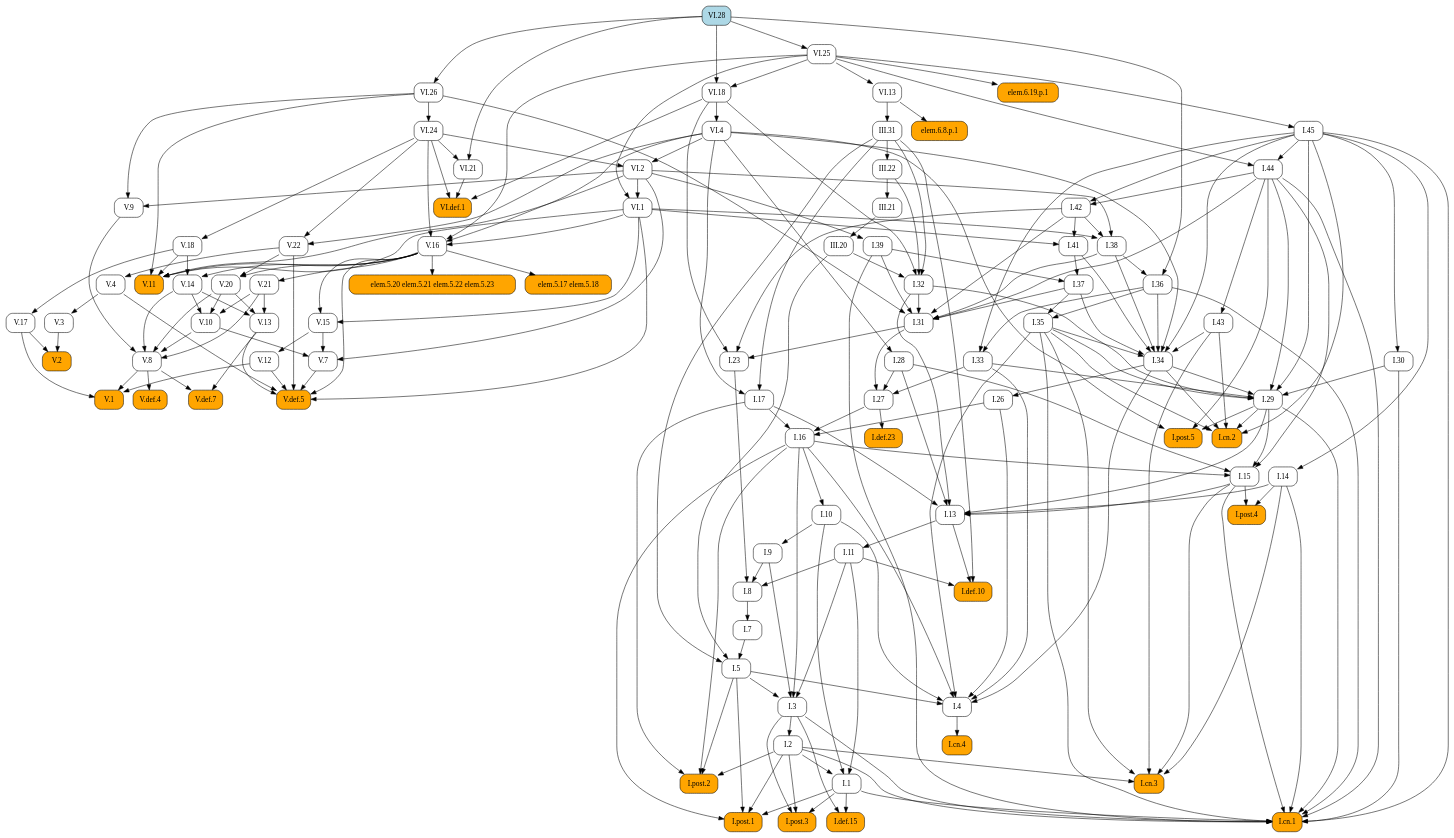
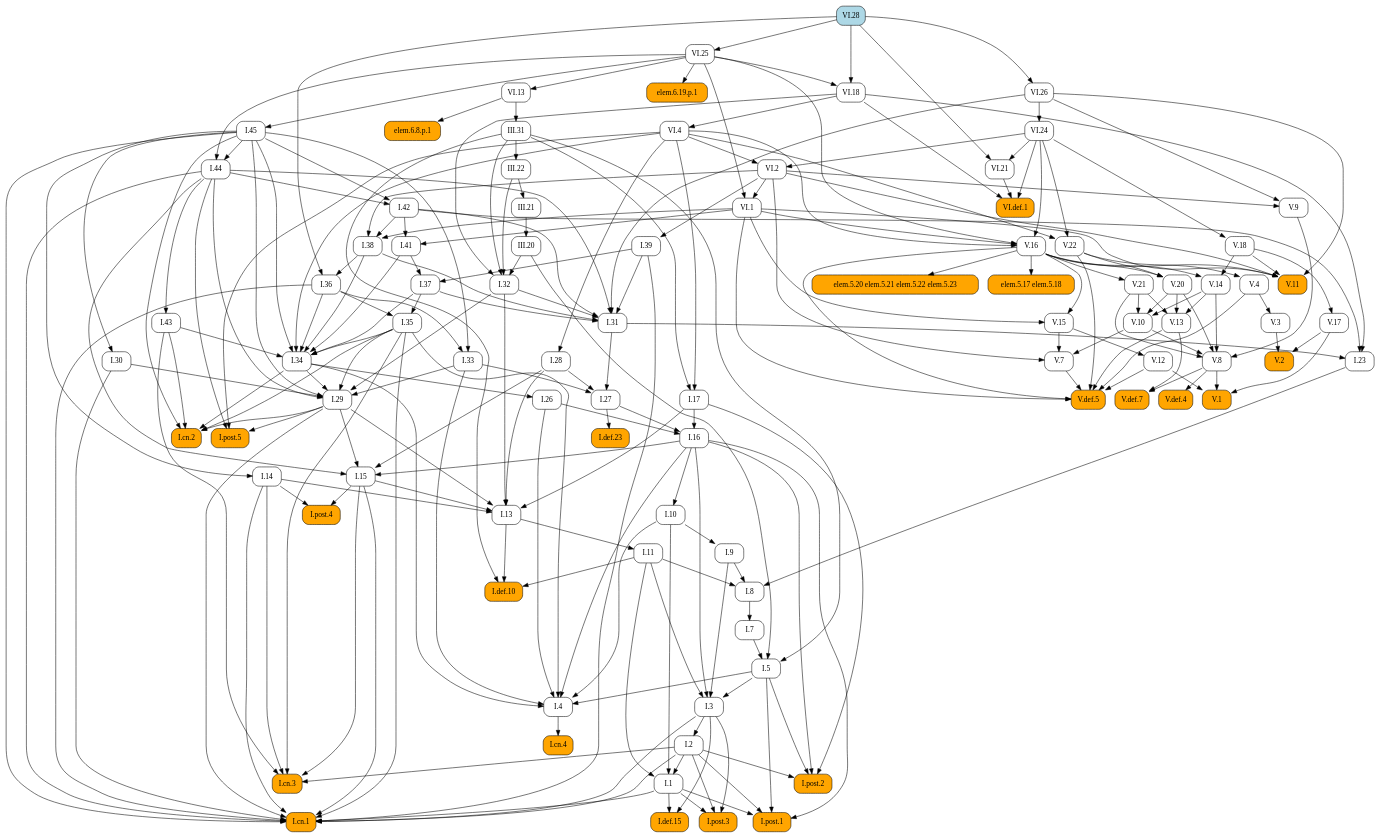
The diagram in docsrc/heath/VI/28/index.rst (geometor/elements), drawn with Graphviz before and after one commit. The commit also changed other lines of this file and 1029 other files, not shown here.

```diff
--- a/docsrc/heath/VI/28/index.rst
+++ b/docsrc/heath/VI/28/index.rst
@@ -118,112 +118,156 @@
    digraph {
      rankdir="TB";
      node [shape=box, style=rounded];
-     "V.1" [style="rounded,filled", fillcolor=orange, URL="/heath/V/1/", target="_top"];
-     "III.22" [URL="/heath/III/22/", target="_top"];
-     "I.29" [URL="/heath/I/29/", target="_top"];
-     "I.7" [URL="/heath/I/7/", target="_top"];
-     "I.27" [URL="/heath/I/27/", target="_top"];
-     "I.def.23" [style="rounded,filled", fillcolor=orange, URL="/heath/I/def.23/", target="_top"];
-     "V.20" [URL="/heath/V/20/", target="_top"];
-     "I.34" [URL="/heath/I/34/", target="_top"];
-     "I.8" [URL="/heath/I/8/", target="_top"];
-     "V.2" [style="rounded,filled", fillcolor=orange, URL="/heath/V/2/", target="_top"];
-     "I.9" [URL="/heath/I/9/", target="_top"];
-     "V.22" [URL="/heath/V/22/", target="_top"];
+     "I.def.10" [style="rounded,filled", fillcolor=orange, URL="/heath/I/def.10/", target="_top"];
+     "I.11" [URL="/heath/I/11/", target="_top"];
+     "I.post.4" [style="rounded,filled", fillcolor=orange, URL="/heath/I/post.4/", target="_top"];
+     "I.28" [URL="/heath/I/28/", target="_top"];
+     "I.1" [URL="/heath/I/1/", target="_top"];
+     "VI.18" [URL="/heath/VI/18/", target="_top"];
+     "VI.21" [URL="/heath/VI/21/", target="_top"];
+     "V.def.5" [style="rounded,filled", fillcolor=orange, URL="/heath/V/def.5/", target="_top"];
      "III.20" [URL="/heath/III/20/", target="_top"];
-     "I.post.4" [style="rounded,filled", fillcolor=orange, URL="/heath/I/post.4/", target="_top"];
-     "I.2" [URL="/heath/I/2/", target="_top"];
-     "VI.21" [URL="/heath/VI/21/", target="_top"];
-     "I.28" [URL="/heath/I/28/", target="_top"];
-     "V.4" [URL="/heath/V/4/", target="_top"];
+     "III.31" [URL="/heath/III/31/", target="_top"];
+     "V.13" [URL="/heath/V/13/", target="_top"];
+     "V.11" [style="rounded,filled", fillcolor=orange, URL="/heath/V/11/", target="_top"];
+     "I.post.3" [style="rounded,filled", fillcolor=orange, URL="/heath/I/post.3/", target="_top"];
+     "VI.1" [URL="/heath/VI/1/", target="_top"];
+     "I.cn.3" [style="rounded,filled", fillcolor=orange, URL="/heath/I/cn.3/", target="_top"];
+     "I.14" [URL="/heath/I/14/", target="_top"];
+     "V.16" [URL="/heath/V/16/", target="_top"];
      "VI.4" [URL="/heath/VI/4/", target="_top"];
-     "I.cn.4" [style="rounded,filled", fillcolor=orange, URL="/heath/I/cn.4/", target="_top"];
-     "VI.24" [URL="/heath/VI/24/", target="_top"];
-     "VI.2" [URL="/heath/VI/2/", target="_top"];
-     "elem.5.20 elem.5.21 elem.5.22 elem.5.23" [style="rounded,filled", fillcolor=orange];
-     "III.31" [URL="/heath/III/31/", target="_top"];
-     "I.23" [URL="/heath/I/23/", target="_top"];
-     "I.13" [URL="/heath/I/13/", target="_top"];
-     "I.5" [URL="/heath/I/5/", target="_top"];
-     "VI.26" [URL="/heath/VI/26/", target="_top"];
-     "III.21" [URL="/heath/III/21/", target="_top"];
-     "I.11" [URL="/heath/I/11/", target="_top"];
-     "I.4" [URL="/heath/I/4/", target="_top"];
-     "I.43" [URL="/heath/I/43/", target="_top"];
-     "I.def.10" [style="rounded,filled", fillcolor=orange, URL="/heath/I/def.10/", target="_top"];
-     "I.post.3" [style="rounded,filled", fillcolor=orange, URL="/heath/I/post.3/", target="_top"];
-     "V.9" [URL="/heath/V/9/", target="_top"];
-     "VI.def.1" [style="rounded,filled", fillcolor=orange, URL="/heath/VI/def.1/", target="_top"];
-     "elem.5.17 elem.5.18" [style="rounded,filled", fillcolor=orange];
-     "V.17" [URL="/heath/V/17/", target="_top"];
      "V.3" [URL="/heath/V/3/", target="_top"];
      "I.36" [URL="/heath/I/36/", target="_top"];
+     "I.41" [URL="/heath/I/41/", target="_top"];
+     "I.27" [URL="/heath/I/27/", target="_top"];
+     "V.8" [URL="/heath/V/8/", target="_top"];
+     "I.37" [URL="/heath/I/37/", target="_top"];
+     "I.34" [URL="/heath/I/34/", target="_top"];
+     "I.2" [URL="/heath/I/2/", target="_top"];
+     "I.def.23" [style="rounded,filled", fillcolor=orange, URL="/heath/I/def.23/", target="_top"];
+     "I.33" [URL="/heath/I/33/", target="_top"];
+     "I.17" [URL="/heath/I/17/", target="_top"];
+     "I.post.2" [style="rounded,filled", fillcolor=orange, URL="/heath/I/post.2/", target="_top"];
+     "I.45" [URL="/heath/I/45/", target="_top"];
+     "VI.def.1" [style="rounded,filled", fillcolor=orange, URL="/heath/VI/def.1/", target="_top"];
+     "I.42" [URL="/heath/I/42/", target="_top"];
+     "elem.5.20 elem.5.21 elem.5.22 elem.5.23" [style="rounded,filled", fillcolor=orange];
+     "I.9" [URL="/heath/I/9/", target="_top"];
+     "VI.26" [URL="/heath/VI/26/", target="_top"];
+     "I.32" [URL="/heath/I/32/", target="_top"];
+     "V.def.4" [style="rounded,filled", fillcolor=orange, URL="/heath/V/def.4/", target="_top"];
+     "I.cn.4" [style="rounded,filled", fillcolor=orange, URL="/heath/I/cn.4/", target="_top"];
+     "I.15" [URL="/heath/I/15/", target="_top"];
+     "III.22" [URL="/heath/III/22/", target="_top"];
+     "I.38" [URL="/heath/I/38/", target="_top"];
+     "V.def.7" [style="rounded,filled", fillcolor=orange, URL="/heath/V/def.7/", target="_top"];
+     "I.5" [URL="/heath/I/5/", target="_top"];
+     "V.21" [URL="/heath/V/21/", target="_top"];
+     "I.39" [URL="/heath/I/39/", target="_top"];
+     "I.26" [URL="/heath/I/26/", target="_top"];
+     "V.14" [URL="/heath/V/14/", target="_top"];
+     "I.29" [URL="/heath/I/29/", target="_top"];
      "V.12" [URL="/heath/V/12/", target="_top"];
-     "I.15" [URL="/heath/I/15/", target="_top"];
-     "I.17" [URL="/heath/I/17/", target="_top"];
-     "I.32" [URL="/heath/I/32/", target="_top"];
-     "I.41" [URL="/heath/I/41/", target="_top"];
-     "V.def.5" [style="rounded,filled", fillcolor=orange, URL="/heath/V/def.5/", target="_top"];
-     "I.cn.3" [style="rounded,filled", fillcolor=orange, URL="/heath/I/cn.3/", target="_top"];
+     "V.22" [URL="/heath/V/22/", target="_top"];
+     "I.cn.2" [style="rounded,filled", fillcolor=orange, URL="/heath/I/cn.2/", target="_top"];
+     "V.20" [URL="/heath/V/20/", target="_top"];
+     "V.10" [URL="/heath/V/10/", target="_top"];
+     "VI.2" [URL="/heath/VI/2/", target="_top"];
+     "I.def.15" [style="rounded,filled", fillcolor=orange, URL="/heath/I/def.15/", target="_top"];
+     "V.15" [URL="/heath/V/15/", target="_top"];
+     "VI.28" [style="rounded,filled", fillcolor=lightblue, URL="/heath/VI/28/", target="_top"];
+     "I.cn.1" [style="rounded,filled", fillcolor=orange, URL="/heath/I/cn.1/", target="_top"];
      "I.30" [URL="/heath/I/30/", target="_top"];
-     "I.45" [URL="/heath/I/45/", target="_top"];
-     "VI.28" [style="rounded,filled", fillcolor=lightblue, URL="/heath/VI/28/", target="_top"];
-     "I.38" [URL="/heath/I/38/", target="_top"];
-     "V.16" [URL="/heath/V/16/", target="_top"];
-     "V.15" [URL="/heath/V/15/", target="_top"];
-     "V.def.4" [style="rounded,filled", fillcolor=orange, URL="/heath/V/def.4/", target="_top"];
-     "V.21" [URL="/heath/V/21/", target="_top"];
-     "V.8" [URL="/heath/V/8/", target="_top"];
-     "I.42" [URL="/heath/I/42/", target="_top"];
      "V.7" [URL="/heath/V/7/", target="_top"];
-     "VI.18" [URL="/heath/VI/18/", target="_top"];
-     "I.def.15" [style="rounded,filled", fillcolor=orange, URL="/heath/I/def.15/", target="_top"];
-     "I.1" [URL="/heath/I/1/", target="_top"];
-     "I.44" [URL="/heath/I/44/", target="_top"];
-     "V.13" [URL="/heath/V/13/", target="_top"];
+     "V.9" [URL="/heath/V/9/", target="_top"];
+     "V.18" [URL="/heath/V/18/", target="_top"];
+     "I.23" [URL="/heath/I/23/", target="_top"];
+     "VI.25" [URL="/heath/VI/25/", target="_top"];
+     "I.43" [URL="/heath/I/43/", target="_top"];
      "I.post.1" [style="rounded,filled", fillcolor=orange, URL="/heath/I/post.1/", target="_top"];
      "elem.6.19.p.1" [style="rounded,filled", fillcolor=orange];
-     "I.26" [URL="/heath/I/26/", target="_top"];
-     "I.33" [URL="/heath/I/33/", target="_top"];
-     "V.def.7" [style="rounded,filled", fillcolor=orange, URL="/heath/V/def.7/", target="_top"];
-     "I.39" [URL="/heath/I/39/", target="_top"];
-     "I.cn.2" [style="rounded,filled", fillcolor=orange, URL="/heath/I/cn.2/", target="_top"];
-     "VI.25" [URL="/heath/VI/25/", target="_top"];
+     "I.35" [URL="/heath/I/35/", target="_top"];
+     "I.7" [URL="/heath/I/7/", target="_top"];
+     "I.3" [URL="/heath/I/3/", target="_top"];
+     "I.4" [URL="/heath/I/4/", target="_top"];
+     "I.13" [URL="/heath/I/13/", target="_top"];
+     "V.17" [URL="/heath/V/17/", target="_top"];
+     "V.4" [URL="/heath/V/4/", target="_top"];
+     "I.31" [URL="/heath/I/31/", target="_top"];
+     "V.1" [style="rounded,filled", fillcolor=orange, URL="/heath/V/1/", target="_top"];
+     "VI.24" [URL="/heath/VI/24/", target="_top"];
+     "I.16" [URL="/heath/I/16/", target="_top"];
+     "elem.5.17 elem.5.18" [style="rounded,filled", fillcolor=orange];
+     "I.8" [URL="/heath/I/8/", target="_top"];
+     "VI.13" [URL="/heath/VI/13/", target="_top"];
+     "V.2" [style="rounded,filled", fillcolor=orange, URL="/heath/V/2/", target="_top"];
+     "III.21" [URL="/heath/III/21/", target="_top"];
+     "I.post.5" [style="rounded,filled", fillcolor=orange, URL="/heath/I/post.5/", target="_top"];
+     "I.44" [URL="/heath/I/44/", target="_top"];
+     "elem.6.8.p.1" [style="rounded,filled", fillcolor=orange];
      "I.10" [URL="/heath/I/10/", target="_top"];
-     "V.10" [URL="/heath/V/10/", target="_top"];
-     "I.3" [URL="/heath/I/3/", target="_top"];
-     "I.16" [URL="/heath/I/16/", target="_top"];
-     "I.31" [URL="/heath/I/31/", target="_top"];
-     "V.11" [style="rounded,filled", fillcolor=orange, URL="/heath/V/11/", target="_top"];
-     "I.post.2" [style="rounded,filled", fillcolor=orange, URL="/heath/I/post.2/", target="_top"];
-     "elem.6.8.p.1" [style="rounded,filled", fillcolor=orange];
-     "I.post.5" [style="rounded,filled", fillcolor=orange, URL="/heath/I/post.5/", target="_top"];
-     "VI.1" [URL="/heath/VI/1/", target="_top"];
-     "VI.13" [URL="/heath/VI/13/", target="_top"];
-     "I.14" [URL="/heath/I/14/", target="_top"];
-     "V.18" [URL="/heath/V/18/", target="_top"];
-     "I.35" [URL="/heath/I/35/", target="_top"];
-     "I.cn.1" [style="rounded,filled", fillcolor=orange, URL="/heath/I/cn.1/", target="_top"];
-     "I.37" [URL="/heath/I/37/", target="_top"];
-     "V.14" [URL="/heath/V/14/", target="_top"];
-     "V.8" -> "V.1";
-     "V.12" -> "V.1";
-     "V.17" -> "V.1";
-     "III.31" -> "III.22";
-     "I.30" -> "I.29";
-     "I.32" -> "I.29";
-     "I.33" -> "I.29";
-     "I.34" -> "I.29";
-     "I.35" -> "I.29";
-     "I.44" -> "I.29";
-     "I.45" -> "I.29";
-     "I.8" -> "I.7";
+     "I.11" -> "I.def.10";
+     "I.13" -> "I.def.10";
+     "III.31" -> "I.def.10";
+     "I.13" -> "I.11";
+     "I.14" -> "I.post.4";
+     "I.15" -> "I.post.4";
+     "VI.4" -> "I.28";
+     "I.2" -> "I.1";
+     "I.10" -> "I.1";
+     "I.11" -> "I.1";
+     "VI.25" -> "VI.18";
+     "VI.28" -> "VI.18";
+     "VI.24" -> "VI.21";
+     "VI.28" -> "VI.21";
+     "V.4" -> "V.def.5";
+     "V.7" -> "V.def.5";
+     "V.12" -> "V.def.5";
+     "V.13" -> "V.def.5";
+     "V.16" -> "V.def.5";
+     "V.22" -> "V.def.5";
+     "VI.1" -> "V.def.5";
+     "III.21" -> "III.20";
+     "VI.13" -> "III.31";
+     "V.14" -> "V.13";
+     "V.20" -> "V.13";
+     "V.21" -> "V.13";
+     "V.16" -> "V.11";
+     "V.18" -> "V.11";
+     "VI.1" -> "V.11";
+     "VI.2" -> "V.11";
+     "VI.26" -> "V.11";
+     "I.1" -> "I.post.3";
+     "I.2" -> "I.post.3";
+     "I.3" -> "I.post.3";
+     "VI.2" -> "VI.1";
+     "VI.25" -> "VI.1";
+     "I.2" -> "I.cn.3";
+     "I.14" -> "I.cn.3";
+     "I.15" -> "I.cn.3";
+     "I.35" -> "I.cn.3";
+     "I.43" -> "I.cn.3";
+     "I.45" -> "I.14";
+     "VI.1" -> "V.16";
+     "VI.4" -> "V.16";
+     "VI.24" -> "V.16";
+     "VI.25" -> "V.16";
+     "VI.18" -> "VI.4";
+     "V.4" -> "V.3";
+     "I.38" -> "I.36";
+     "VI.28" -> "I.36";
+     "I.42" -> "I.41";
+     "VI.1" -> "I.41";
      "I.28" -> "I.27";
      "I.31" -> "I.27";
      "I.33" -> "I.27";
-     "I.27" -> "I.def.23";
-     "V.16" -> "V.20";
-     "V.22" -> "V.20";
+     "V.9" -> "V.8";
+     "V.10" -> "V.8";
+     "V.14" -> "V.8";
+     "V.20" -> "V.8";
+     "V.21" -> "V.8";
+     "I.39" -> "I.37";
+     "I.41" -> "I.37";
      "I.35" -> "I.34";
      "I.36" -> "I.34";
      "I.37" -> "I.34";
@@ -232,183 +276,75 @@
      "I.43" -> "I.34";
      "I.45" -> "I.34";
      "VI.4" -> "I.34";
-     "I.9" -> "I.8";
-     "I.11" -> "I.8";
-     "I.23" -> "I.8";
-     "V.3" -> "V.2";
-     "V.17" -> "V.2";
-     "I.10" -> "I.9";
-     "VI.4" -> "V.22";
-     "VI.24" -> "V.22";
-     "III.21" -> "III.20";
-     "I.14" -> "I.post.4";
-     "I.15" -> "I.post.4";
      "I.3" -> "I.2";
-     "VI.24" -> "VI.21";
-     "VI.28" -> "VI.21";
-     "VI.4" -> "I.28";
-     "V.22" -> "V.4";
-     "VI.18" -> "VI.4";
-     "I.4" -> "I.cn.4";
-     "VI.26" -> "VI.24";
-     "VI.4" -> "VI.2";
-     "VI.24" -> "VI.2";
-     "V.16" -> "elem.5.20 elem.5.21 elem.5.22 elem.5.23";
-     "VI.13" -> "III.31";
-     "I.31" -> "I.23";
-     "I.42" -> "I.23";
-     "VI.18" -> "I.23";
-     "I.14" -> "I.13";
-     "I.15" -> "I.13";
-     "I.17" -> "I.13";
-     "I.28" -> "I.13";
-     "I.29" -> "I.13";
-     "I.32" -> "I.13";
-     "I.7" -> "I.5";
-     "III.20" -> "I.5";
-     "III.31" -> "I.5";
-     "VI.28" -> "VI.26";
-     "III.22" -> "III.21";
-     "I.13" -> "I.11";
-     "I.5" -> "I.4";
-     "I.10" -> "I.4";
-     "I.16" -> "I.4";
-     "I.26" -> "I.4";
-     "I.33" -> "I.4";
-     "I.34" -> "I.4";
-     "I.35" -> "I.4";
-     "I.44" -> "I.43";
-     "I.11" -> "I.def.10";
-     "I.13" -> "I.def.10";
-     "III.31" -> "I.def.10";
-     "I.1" -> "I.post.3";
-     "I.2" -> "I.post.3";
-     "I.3" -> "I.post.3";
-     "VI.2" -> "V.9";
-     "VI.26" -> "V.9";
+     "I.27" -> "I.def.23";
+     "I.36" -> "I.33";
+     "I.45" -> "I.33";
+     "III.31" -> "I.17";
+     "VI.4" -> "I.17";
+     "I.2" -> "I.post.2";
+     "I.5" -> "I.post.2";
+     "I.16" -> "I.post.2";
+     "I.17" -> "I.post.2";
+     "VI.25" -> "I.45";
      "VI.18" -> "VI.def.1";
      "VI.21" -> "VI.def.1";
      "VI.24" -> "VI.def.1";
-     "V.16" -> "elem.5.17 elem.5.18";
-     "V.18" -> "V.17";
-     "V.4" -> "V.3";
-     "I.38" -> "I.36";
-     "VI.28" -> "I.36";
-     "V.15" -> "V.12";
+     "I.44" -> "I.42";
+     "I.45" -> "I.42";
+     "V.16" -> "elem.5.20 elem.5.21 elem.5.22 elem.5.23";
+     "I.10" -> "I.9";
+     "VI.28" -> "VI.26";
+     "III.20" -> "I.32";
+     "III.22" -> "I.32";
+     "III.31" -> "I.32";
+     "VI.18" -> "I.32";
+     "V.8" -> "V.def.4";
+     "I.4" -> "I.cn.4";
      "I.16" -> "I.15";
      "I.28" -> "I.15";
      "I.29" -> "I.15";
      "I.44" -> "I.15";
-     "III.31" -> "I.17";
-     "VI.4" -> "I.17";
-     "III.20" -> "I.32";
-     "III.22" -> "I.32";
-     "III.31" -> "I.32";
-     "VI.18" -> "I.32";
-     "I.42" -> "I.41";
-     "VI.1" -> "I.41";
-     "V.4" -> "V.def.5";
-     "V.7" -> "V.def.5";
-     "V.12" -> "V.def.5";
-     "V.13" -> "V.def.5";
-     "V.16" -> "V.def.5";
-     "V.22" -> "V.def.5";
-     "VI.1" -> "V.def.5";
-     "I.2" -> "I.cn.3";
-     "I.14" -> "I.cn.3";
-     "I.15" -> "I.cn.3";
-     "I.35" -> "I.cn.3";
-     "I.43" -> "I.cn.3";
-     "I.45" -> "I.30";
-     "VI.25" -> "I.45";
+     "III.31" -> "III.22";
      "I.42" -> "I.38";
      "VI.1" -> "I.38";
      "VI.2" -> "I.38";
-     "VI.1" -> "V.16";
-     "VI.4" -> "V.16";
-     "VI.24" -> "V.16";
-     "VI.25" -> "V.16";
-     "V.16" -> "V.15";
-     "VI.1" -> "V.15";
-     "V.8" -> "V.def.4";
-     "V.16" -> "V.21";
-     "V.9" -> "V.8";
-     "V.10" -> "V.8";
-     "V.14" -> "V.8";
-     "V.20" -> "V.8";
-     "V.21" -> "V.8";
-     "I.44" -> "I.42";
-     "I.45" -> "I.42";
-     "V.10" -> "V.7";
-     "V.15" -> "V.7";
-     "VI.2" -> "V.7";
-     "VI.25" -> "VI.18";
-     "VI.28" -> "VI.18";
-     "I.1" -> "I.def.15";
-     "I.3" -> "I.def.15";
-     "I.2" -> "I.1";
-     "I.10" -> "I.1";
-     "I.11" -> "I.1";
-     "I.45" -> "I.44";
-     "VI.25" -> "I.44";
-     "V.14" -> "V.13";
-     "V.20" -> "V.13";
-     "V.21" -> "V.13";
-     "I.1" -> "I.post.1";
-     "I.2" -> "I.post.1";
-     "I.5" -> "I.post.1";
-     "I.16" -> "I.post.1";
-     "VI.25" -> "elem.6.19.p.1";
-     "I.34" -> "I.26";
-     "I.36" -> "I.33";
-     "I.45" -> "I.33";
      "V.8" -> "V.def.7";
      "V.13" -> "V.def.7";
+     "I.7" -> "I.5";
+     "III.20" -> "I.5";
+     "III.31" -> "I.5";
+     "V.16" -> "V.21";
      "VI.2" -> "I.39";
+     "I.34" -> "I.26";
+     "V.16" -> "V.14";
+     "V.18" -> "V.14";
+     "I.30" -> "I.29";
+     "I.32" -> "I.29";
+     "I.33" -> "I.29";
+     "I.34" -> "I.29";
+     "I.35" -> "I.29";
+     "I.44" -> "I.29";
+     "I.45" -> "I.29";
+     "V.15" -> "V.12";
+     "VI.4" -> "V.22";
+     "VI.24" -> "V.22";
      "I.29" -> "I.cn.2";
      "I.34" -> "I.cn.2";
      "I.35" -> "I.cn.2";
      "I.43" -> "I.cn.2";
      "I.45" -> "I.cn.2";
-     "VI.28" -> "VI.25";
-     "I.16" -> "I.10";
+     "V.16" -> "V.20";
+     "V.22" -> "V.20";
      "V.14" -> "V.10";
      "V.20" -> "V.10";
      "V.21" -> "V.10";
-     "I.5" -> "I.3";
-     "I.9" -> "I.3";
-     "I.11" -> "I.3";
-     "I.16" -> "I.3";
-     "I.17" -> "I.16";
-     "I.26" -> "I.16";
-     "I.27" -> "I.16";
-     "I.32" -> "I.31";
-     "I.37" -> "I.31";
-     "I.38" -> "I.31";
-     "I.39" -> "I.31";
-     "I.42" -> "I.31";
-     "I.44" -> "I.31";
-     "VI.26" -> "I.31";
-     "V.16" -> "V.11";
-     "V.18" -> "V.11";
-     "VI.1" -> "V.11";
-     "VI.2" -> "V.11";
-     "VI.26" -> "V.11";
-     "I.2" -> "I.post.2";
-     "I.5" -> "I.post.2";
-     "I.16" -> "I.post.2";
-     "I.17" -> "I.post.2";
-     "VI.13" -> "elem.6.8.p.1";
-     "I.29" -> "I.post.5";
-     "I.44" -> "I.post.5";
-     "VI.4" -> "I.post.5";
-     "VI.2" -> "VI.1";
-     "VI.25" -> "VI.1";
-     "VI.25" -> "VI.13";
-     "I.45" -> "I.14";
-     "VI.24" -> "V.18";
-     "I.36" -> "I.35";
-     "I.37" -> "I.35";
+     "VI.4" -> "VI.2";
+     "VI.24" -> "VI.2";
+     "I.1" -> "I.def.15";
+     "I.3" -> "I.def.15";
+     "V.16" -> "V.15";
+     "VI.1" -> "V.15";
      "I.1" -> "I.cn.1";
      "I.2" -> "I.cn.1";
      "I.3" -> "I.cn.1";
@@ -421,8 +357,72 @@
      "I.39" -> "I.cn.1";
      "I.44" -> "I.cn.1";
      "I.45" -> "I.cn.1";
-     "I.39" -> "I.37";
-     "I.41" -> "I.37";
-     "V.16" -> "V.14";
-     "V.18" -> "V.14";
+     "I.45" -> "I.30";
+     "V.10" -> "V.7";
+     "V.15" -> "V.7";
+     "VI.2" -> "V.7";
+     "VI.2" -> "V.9";
+     "VI.26" -> "V.9";
+     "VI.24" -> "V.18";
+     "I.31" -> "I.23";
+     "I.42" -> "I.23";
+     "VI.18" -> "I.23";
+     "VI.28" -> "VI.25";
+     "I.44" -> "I.43";
+     "I.1" -> "I.post.1";
+     "I.2" -> "I.post.1";
+     "I.5" -> "I.post.1";
+     "I.16" -> "I.post.1";
+     "VI.25" -> "elem.6.19.p.1";
+     "I.36" -> "I.35";
+     "I.37" -> "I.35";
+     "I.8" -> "I.7";
+     "I.5" -> "I.3";
+     "I.9" -> "I.3";
+     "I.11" -> "I.3";
+     "I.16" -> "I.3";
+     "I.5" -> "I.4";
+     "I.10" -> "I.4";
+     "I.16" -> "I.4";
+     "I.26" -> "I.4";
+     "I.33" -> "I.4";
+     "I.34" -> "I.4";
+     "I.35" -> "I.4";
+     "I.14" -> "I.13";
+     "I.15" -> "I.13";
+     "I.17" -> "I.13";
+     "I.28" -> "I.13";
+     "I.29" -> "I.13";
+     "I.32" -> "I.13";
+     "V.18" -> "V.17";
+     "V.22" -> "V.4";
+     "I.32" -> "I.31";
+     "I.37" -> "I.31";
+     "I.38" -> "I.31";
+     "I.39" -> "I.31";
+     "I.42" -> "I.31";
+     "I.44" -> "I.31";
+     "VI.26" -> "I.31";
+     "V.8" -> "V.1";
+     "V.12" -> "V.1";
+     "V.17" -> "V.1";
+     "VI.26" -> "VI.24";
+     "I.17" -> "I.16";
+     "I.26" -> "I.16";
+     "I.27" -> "I.16";
+     "V.16" -> "elem.5.17 elem.5.18";
+     "I.9" -> "I.8";
+     "I.11" -> "I.8";
+     "I.23" -> "I.8";
+     "VI.25" -> "VI.13";
+     "V.3" -> "V.2";
+     "V.17" -> "V.2";
+     "III.22" -> "III.21";
+     "I.29" -> "I.post.5";
+     "I.44" -> "I.post.5";
+     "VI.4" -> "I.post.5";
+     "I.45" -> "I.44";
+     "VI.25" -> "I.44";
+     "VI.13" -> "elem.6.8.p.1";
+     "I.16" -> "I.10";
    }
```
